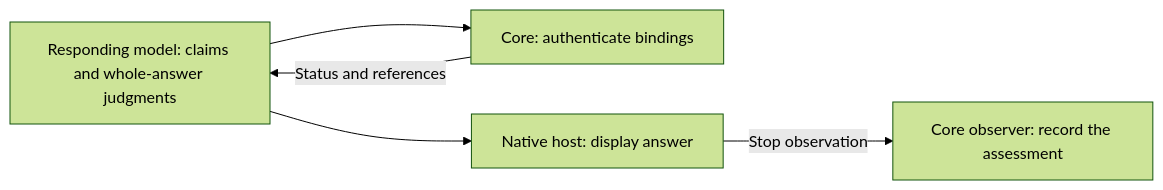
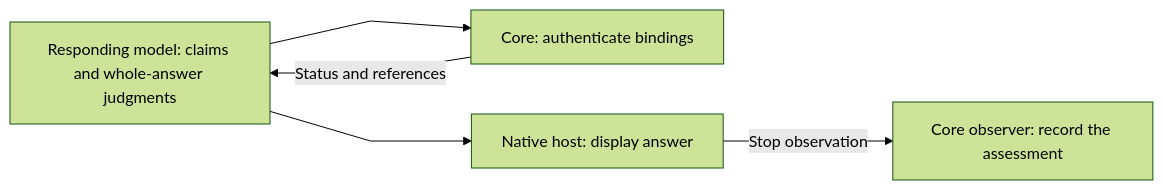
Before and after one commit to AidALL/ghost-alice: the diagram in docs/policies/tool-output-semantics.md, drawn with Mermaid (forest theme). The commit also changed 10 other files, not shown here.

First line of the commit message:
Draw diagram edges as straight lines without shadows

````diff
--- a/docs/policies/tool-output-semantics.md
+++ b/docs/policies/tool-output-semantics.md
@@ -19,7 +19,14 @@
 ```mermaid
+---
+config:
+  look: classic
+  layout: dagre
+  flowchart:
+    curve: linear
+---
 flowchart LR
   M["Responding model: claims and whole-answer judgments"] --> C["Core: authenticate bindings"]
   C -->|Status and references| M
   M --> H["Native host: display answer"]
   H -->|Stop observation| S["Core observer: record the assessment"]
 ```
````
